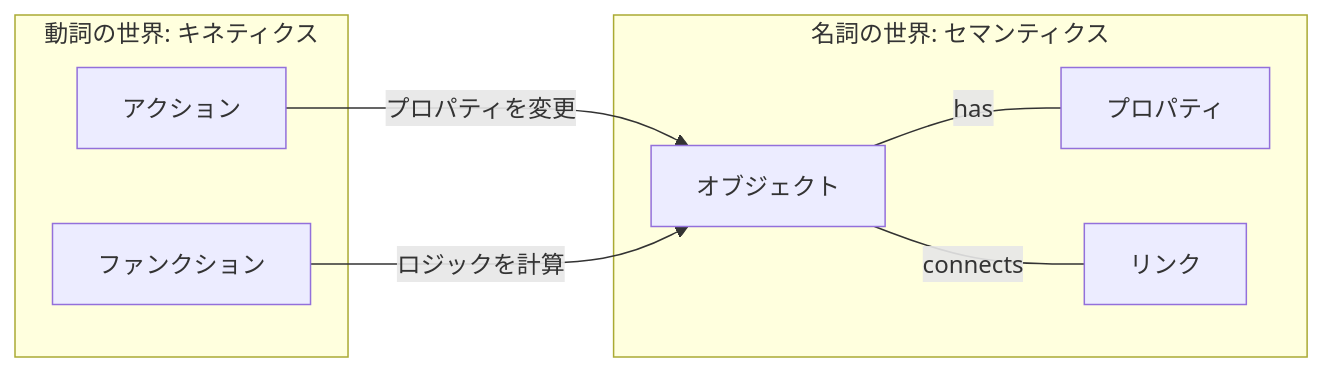
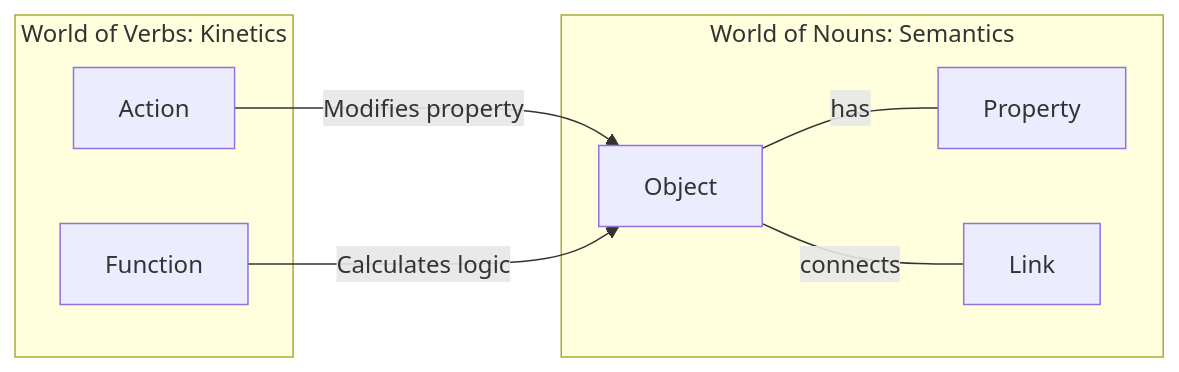
One commit to jonnydubowsky/palantir-ontology-strategy changed the fourth of 9 diagrams in docs/the-palantir-impact_jp.md. Above: the diagram before and after it, drawn with Mermaid. The commit also changed other lines of this file and 2 other files, not shown here.

````diff
--- a/docs/the-palantir-impact_jp.md
+++ b/docs/the-palantir-impact_jp.md
@@ -152,11 +152,11 @@
 ```mermaid
 flowchart LR
-    subgraph Semantics [名詞の世界: セマンティクス]
-        O[オブジェクト] ---|has| P[プロパティ]
-        O ---|connects| L[リンク]
+    subgraph Semantics [World of Nouns: Semantics]
+        O[Object] ---|has| P[Property]
+        O ---|connects| L[Link]
     end
-    subgraph Kinetics [動詞の世界: キネティクス]
-        A[アクション] -->|プロパティを変更| O
-        F[ファンクション] -->|ロジックを計算| O
+    subgraph Kinetics [World of Verbs: Kinetics]
+        A[Action] -->|Modifies property| O
+        F[Function] -->|Calculates logic| O
     end
 ```
````
